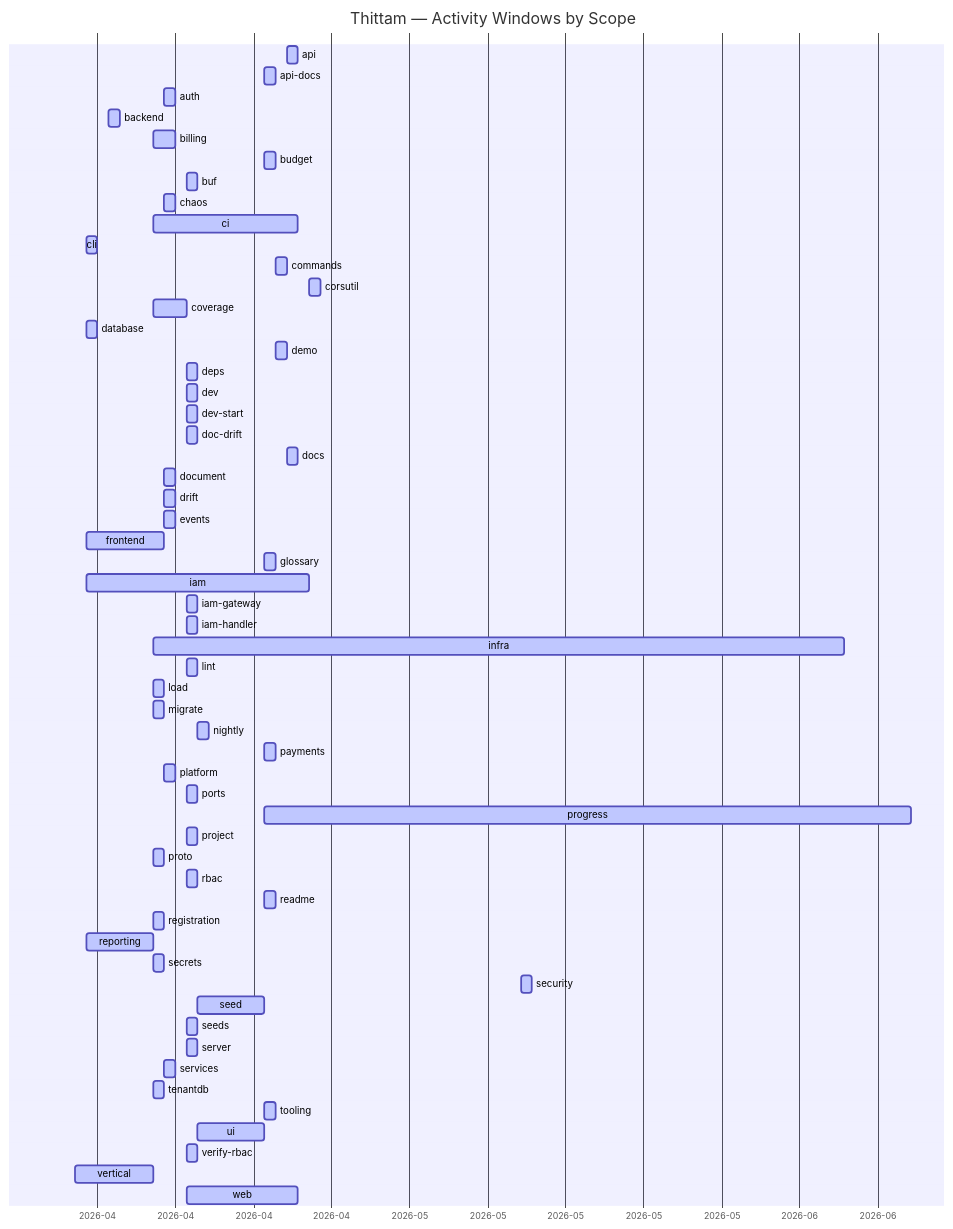
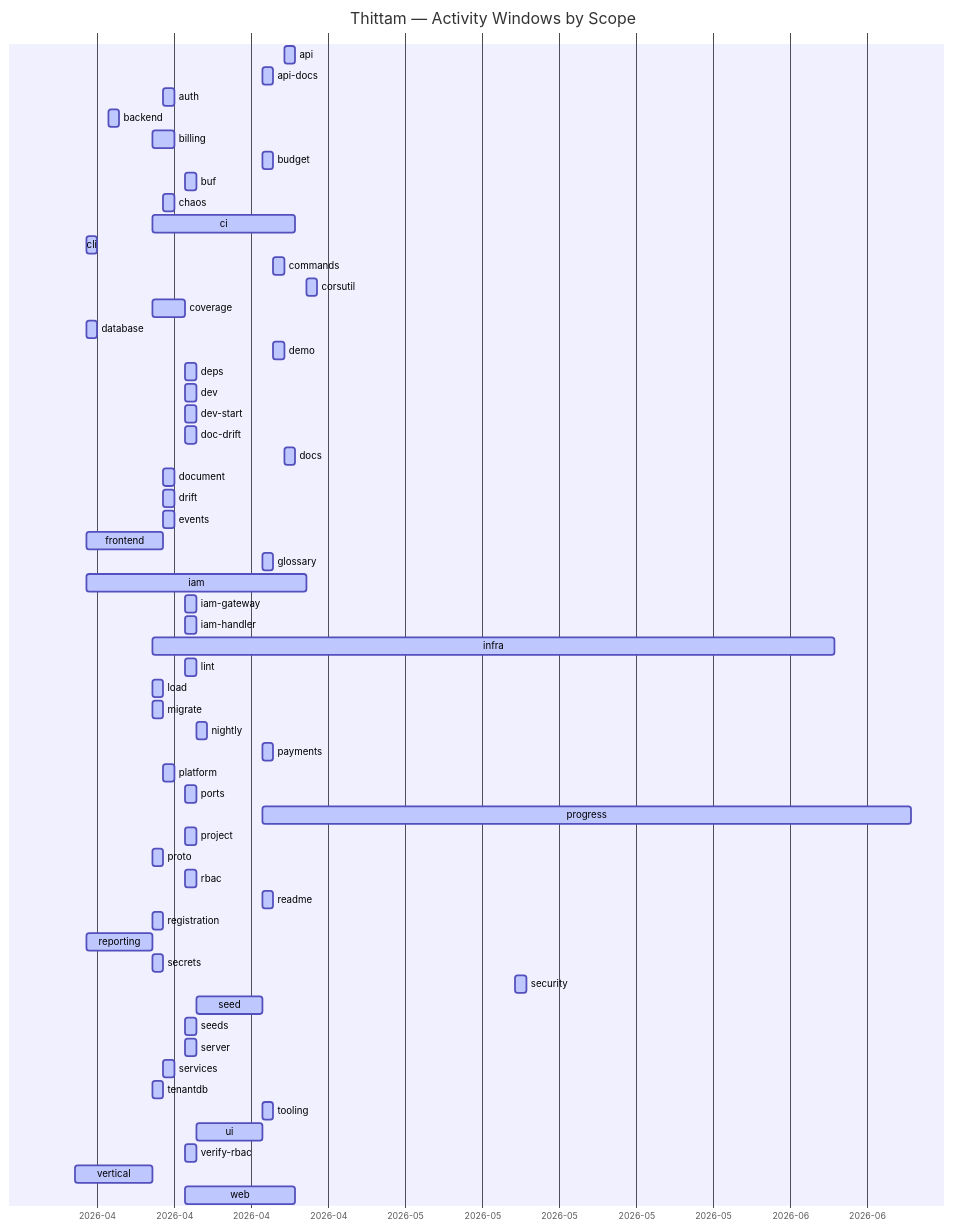
One commit to wegofwd2020-hub/thittam changed the diagram in docs/PROGRESS.md. Above: the diagram before and after it, drawn with Mermaid. The commit also changed other lines of this file and 1 other file, not shown here.

Commit message:
chore(progress): nightly update of docs/PROGRESS.md + CSVs

````diff
--- a/docs/PROGRESS.md
+++ b/docs/PROGRESS.md
@@ -9,61 +9,61 @@
 ```mermaid
 gantt
     title Thittam — Activity Windows by Scope
     dateFormat YYYY-MM-DD
     axisFormat %Y-%m
     api                :active, s_api, 2026-04-22, 2026-04-23
     api-docs           :active, s_api_docs, 2026-04-20, 2026-04-21
     auth               :active, s_auth, 2026-04-11, 2026-04-12
     backend            :active, s_backend, 2026-04-06, 2026-04-07
     billing            :active, s_billing, 2026-04-10, 2026-04-12
     budget             :active, s_budget, 2026-04-20, 2026-04-21
     buf                :active, s_buf, 2026-04-13, 2026-04-14
     chaos              :active, s_chaos, 2026-04-11, 2026-04-12
     ci                 :active, s_ci, 2026-04-10, 2026-04-23
     cli                :active, s_cli, 2026-04-04, 2026-04-05
     commands           :active, s_commands, 2026-04-21, 2026-04-22
     corsutil           :active, s_corsutil, 2026-04-24, 2026-04-25
     coverage           :active, s_coverage, 2026-04-10, 2026-04-13
     database           :active, s_database, 2026-04-04, 2026-04-05
     demo               :active, s_demo, 2026-04-21, 2026-04-22
     deps               :active, s_deps, 2026-04-13, 2026-04-14
     dev                :active, s_dev, 2026-04-13, 2026-04-14
     dev-start          :active, s_dev_start, 2026-04-13, 2026-04-14
     doc-drift          :active, s_doc_drift, 2026-04-13, 2026-04-14
     docs               :active, s_docs, 2026-04-22, 2026-04-23
     document           :active, s_document, 2026-04-11, 2026-04-12
     drift              :active, s_drift, 2026-04-11, 2026-04-12
     events             :active, s_events, 2026-04-11, 2026-04-12
     frontend           :active, s_frontend, 2026-04-04, 2026-04-11
     glossary           :active, s_glossary, 2026-04-20, 2026-04-21
     iam                :active, s_iam, 2026-04-04, 2026-04-24
     iam-gateway        :active, s_iam_gateway, 2026-04-13, 2026-04-14
     iam-handler        :active, s_iam_handler, 2026-04-13, 2026-04-14
     infra              :active, s_infra, 2026-04-10, 2026-06-11
     lint               :active, s_lint, 2026-04-13, 2026-04-14
     load               :active, s_load, 2026-04-10, 2026-04-11
     migrate            :active, s_migrate, 2026-04-10, 2026-04-11
     nightly            :active, s_nightly, 2026-04-14, 2026-04-15
     payments           :active, s_payments, 2026-04-20, 2026-04-21
     platform           :active, s_platform, 2026-04-11, 2026-04-12
     ports              :active, s_ports, 2026-04-13, 2026-04-14
-    progress           :active, s_progress, 2026-04-20, 2026-06-17
+    progress           :active, s_progress, 2026-04-20, 2026-06-18
     project            :active, s_project, 2026-04-13, 2026-04-14
     proto              :active, s_proto, 2026-04-10, 2026-04-11
     rbac               :active, s_rbac, 2026-04-13, 2026-04-14
     readme             :active, s_readme, 2026-04-20, 2026-04-21
     registration       :active, s_registration, 2026-04-10, 2026-04-11
     reporting          :active, s_reporting, 2026-04-04, 2026-04-10
     secrets            :active, s_secrets, 2026-04-10, 2026-04-11
     security           :active, s_security, 2026-05-13, 2026-05-14
     seed               :active, s_seed, 2026-04-14, 2026-04-20
     seeds              :active, s_seeds, 2026-04-13, 2026-04-14
     server             :active, s_server, 2026-04-13, 2026-04-14
     services           :active, s_services, 2026-04-11, 2026-04-12
     tenantdb           :active, s_tenantdb, 2026-04-10, 2026-04-11
     tooling            :active, s_tooling, 2026-04-20, 2026-04-21
     ui                 :active, s_ui, 2026-04-14, 2026-04-20
     verify-rbac        :active, s_verify_rbac, 2026-04-13, 2026-04-14
     vertical           :active, s_vertical, 2026-04-03, 2026-04-10
     web                :active, s_web, 2026-04-13, 2026-04-23
 ```
````
